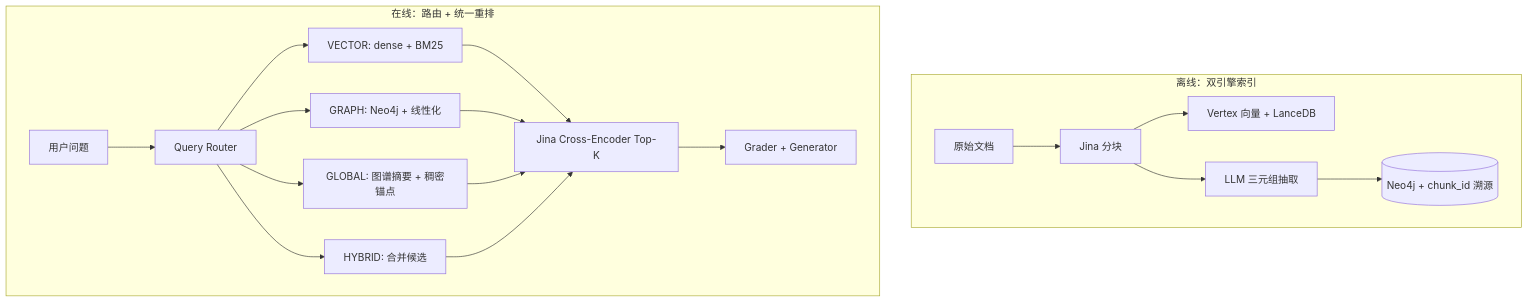
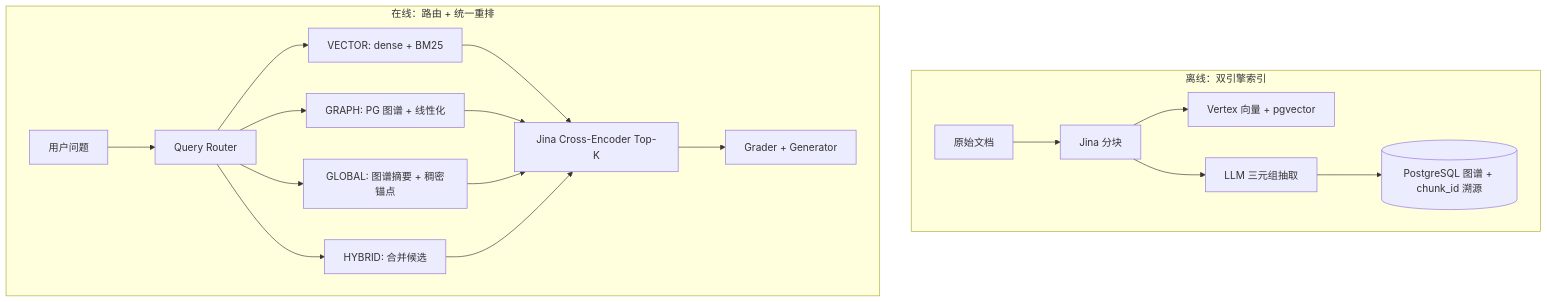
One commit to ordiy/DynaSense-RAG changed the diagram in README-cn.md. Above: the diagram before and after it, drawn with Mermaid. The commit also changed other lines of this file and 12 other files, not shown here.

First line of the commit message:
docs: replace Neo4j references with PostgreSQL AGE

````diff
--- a/README-cn.md
+++ b/README-cn.md
@@ -190,21 +190,21 @@
 ```mermaid
 flowchart TB
   subgraph ingest["离线：双引擎索引"]
     D[原始文档] --> J[Jina 分块]
-    J --> E[Vertex 向量 + LanceDB]
+    J --> E[Vertex 向量 + pgvector]
     J --> T[LLM 三元组抽取]
-    T --> N[(Neo4j + chunk_id 溯源)]
+    T --> N[(PostgreSQL 图谱 + chunk_id 溯源)]
   end
   subgraph online["在线：路由 + 统一重排"]
     Q[用户问题] --> R[Query Router]
     R --> V[VECTOR: dense + BM25]
-    R --> G[GRAPH: Neo4j + 线性化]
+    R --> G[GRAPH: PG 图谱 + 线性化]
     R --> GL[GLOBAL: 图谱摘要 + 稠密锚点]
     R --> HY[HYBRID: 合并候选]
     V --> RR[Jina Cross-Encoder Top-K]
     G --> RR
     GL --> RR
     HY --> RR
     RR --> P[Grader + Generator]
   end
 ```
````
